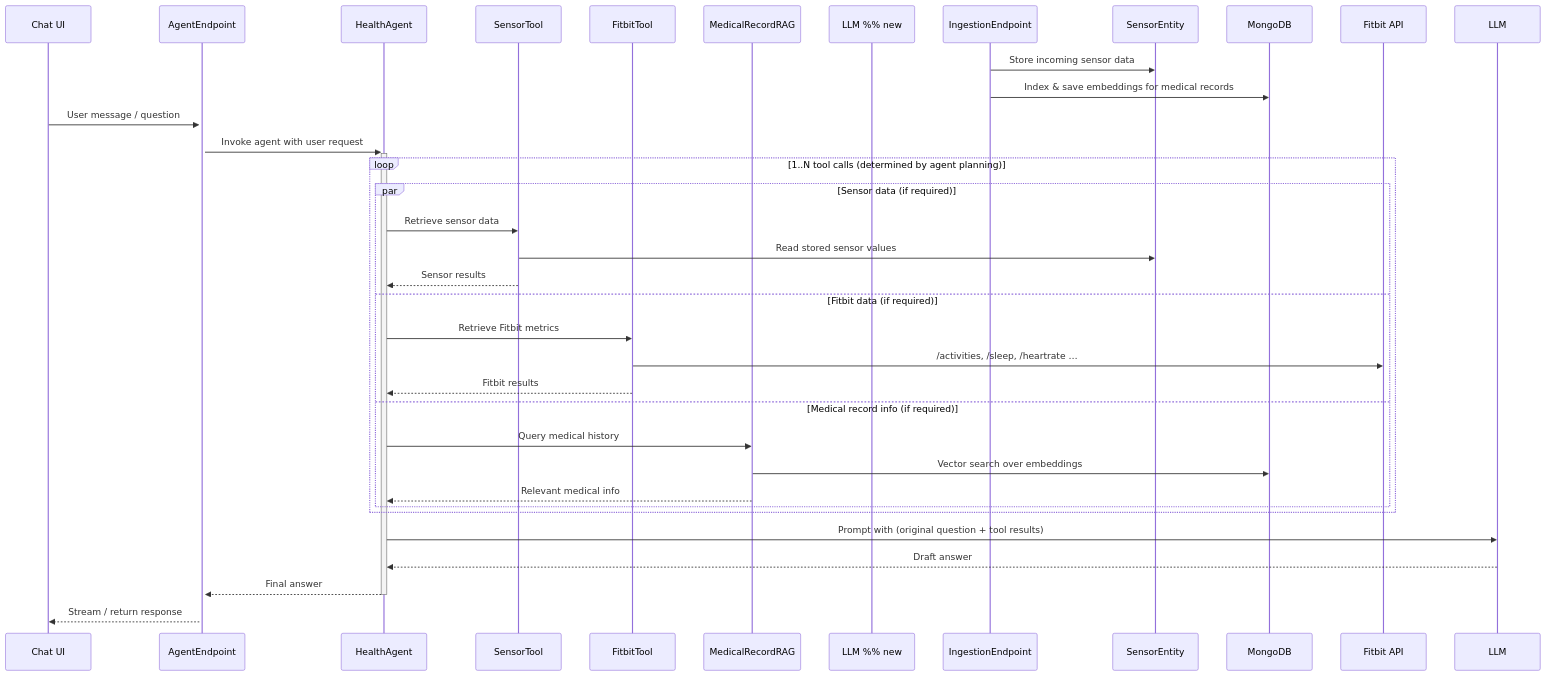
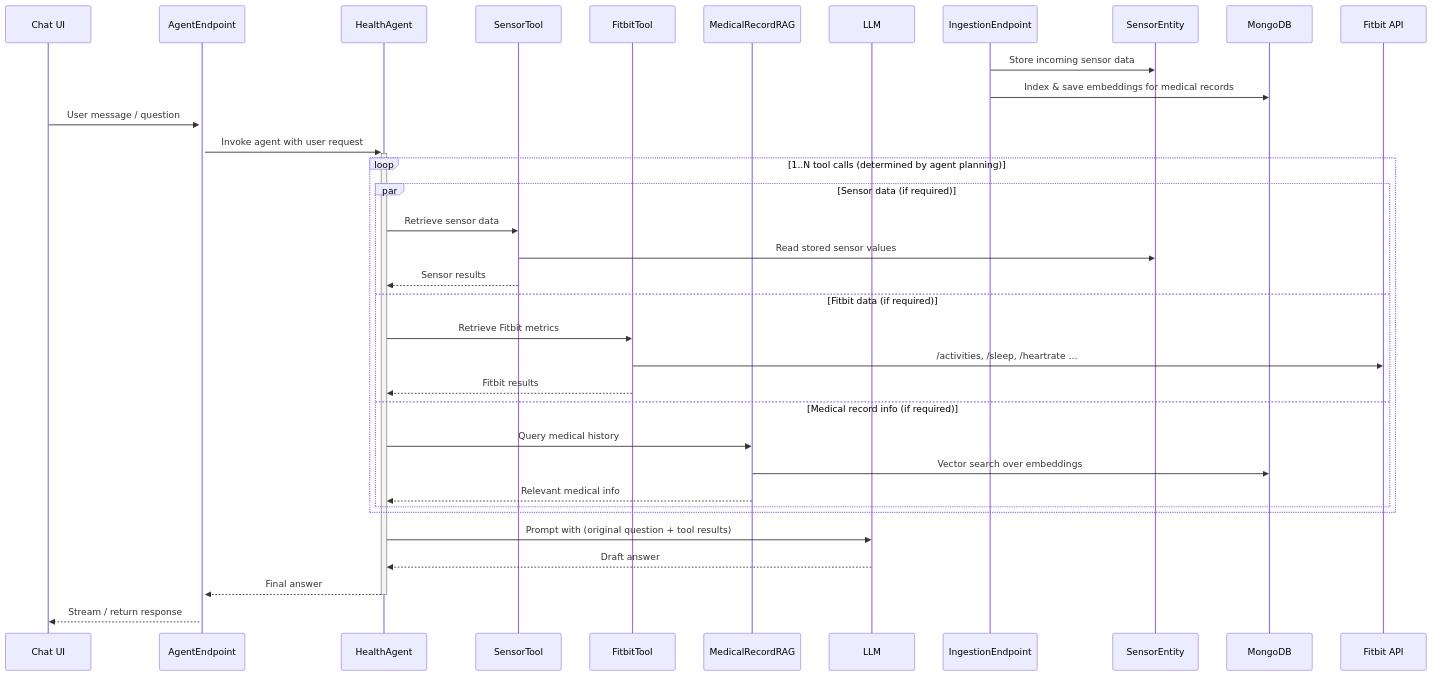
One commit to akka-samples/healthcare-agent changed the diagram in README.md. Above: the diagram before and after it, drawn with Mermaid. The commit also changed 32 other files, not shown here.

````diff
--- a/README.md
+++ b/README.md
@@ -10,46 +10,46 @@
 ```mermaid
 sequenceDiagram
 %% Actors & Stores
   participant Chat UI
   participant AgentEndpoint
   participant HealthAgent
   participant SensorTool
   participant FitbitTool
   participant MedicalRecordRAG
-  participant LLM              %% new
+  participant LLM
   participant IngestionEndpoint
   participant SensorEntity
   participant MongoDB
   participant Fitbit API
 
 %% Data-ingestion flows (out of band)
   IngestionEndpoint->>SensorEntity: Store incoming sensor data
   IngestionEndpoint->>MongoDB: Index & save embeddings for medical records
 
 %% Interactive query flow
   Chat UI->>+AgentEndpoint: User message / question
   AgentEndpoint->>+HealthAgent: Invoke agent with user request
 
   loop 1..N tool calls (determined by agent planning)
     par Sensor data (if required)
       HealthAgent->>SensorTool: Retrieve sensor data
       SensorTool->>SensorEntity: Read stored sensor values
       SensorTool-->>HealthAgent: Sensor results
     and Fitbit data (if required)
       HealthAgent->>FitbitTool: Retrieve Fitbit metrics
       FitbitTool->>Fitbit API: /activities, /sleep, /heartrate …
       FitbitTool-->>HealthAgent: Fitbit results
     and Medical record info (if required)
       HealthAgent->>MedicalRecordRAG: Query medical history
       MedicalRecordRAG->>MongoDB: Vector search over embeddings
       MedicalRecordRAG-->>HealthAgent: Relevant medical info
     end
   end
 
 %% New step: compose prompt for LLM
   HealthAgent->>LLM: Prompt with (original question + tool results)
   LLM-->>HealthAgent: Draft answer
 
   HealthAgent-->>-AgentEndpoint: Final answer
   AgentEndpoint-->>Chat UI: Stream / return response
 ```
````
